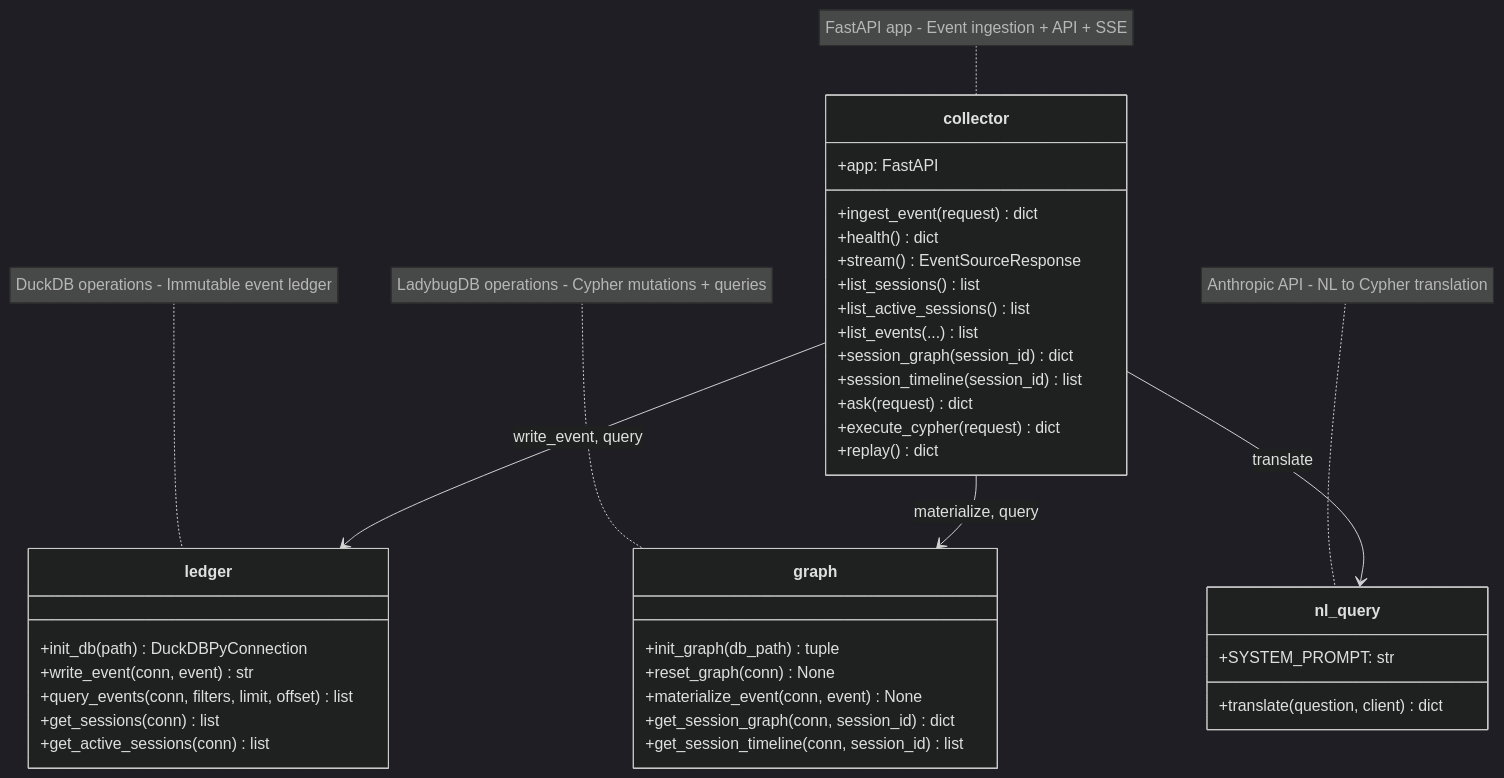
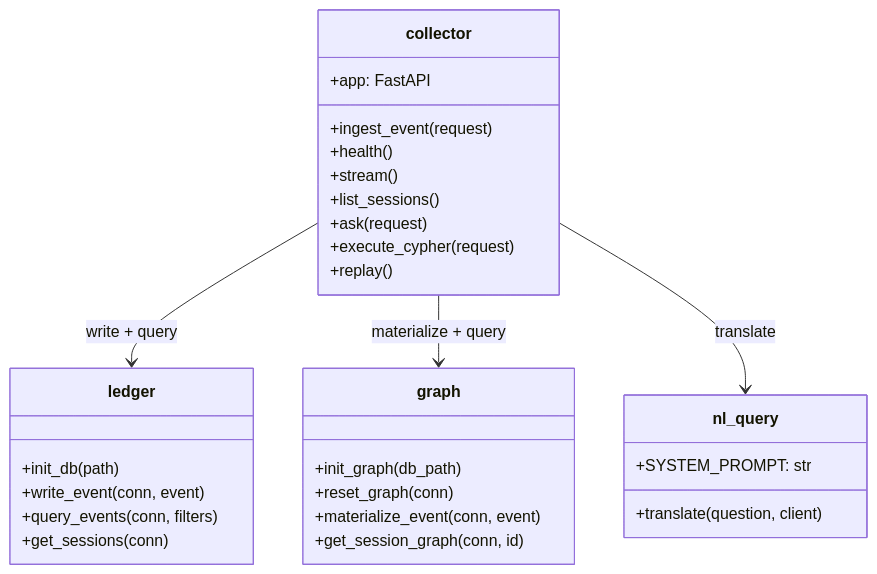
The third of 3 diagrams in docs/technical-spec.md (halcyondude/observable-claude), drawn with Mermaid before and after one commit. The commit also changed other lines of this file and 6 other files, not shown here.

First line of the commit message:
docs: rewrite with matt-voice, fix mermaid for github rendering

````diff
--- a/docs/technical-spec.md
+++ b/docs/technical-spec.md
@@ -430,48 +419,36 @@
 ```mermaid
-%%{init: {'theme': 'dark'}}%%
 classDiagram
     class collector {
         +app: FastAPI
-        +ingest_event(request) dict
-        +health() dict
-        +stream() EventSourceResponse
-        +list_sessions() list
-        +list_active_sessions() list
-        +list_events(...) list
-        +session_graph(session_id) dict
-        +session_timeline(session_id) list
-        +ask(request) dict
-        +execute_cypher(request) dict
-        +replay() dict
+        +ingest_event(request)
+        +health()
+        +stream()
+        +list_sessions()
+        +ask(request)
+        +execute_cypher(request)
+        +replay()
     }
 
     class ledger {
-        +init_db(path) DuckDBPyConnection
-        +write_event(conn, event) str
-        +query_events(conn, filters, limit, offset) list
-        +get_sessions(conn) list
-        +get_active_sessions(conn) list
+        +init_db(path)
+        +write_event(conn, event)
+        +query_events(conn, filters)
+        +get_sessions(conn)
     }
 
     class graph {
-        +init_graph(db_path) tuple
-        +reset_graph(conn) None
-        +materialize_event(conn, event) None
-        +get_session_graph(conn, session_id) dict
-        +get_session_timeline(conn, session_id) list
+        +init_graph(db_path)
+        +reset_graph(conn)
+        +materialize_event(conn, event)
+        +get_session_graph(conn, id)
     }
 
     class nl_query {
         +SYSTEM_PROMPT: str
-        +translate(question, client) dict
+        +translate(question, client)
     }
 
-    collector --> ledger : write_event, query
-    collector --> graph : materialize, query
+    collector --> ledger : write + query
+    collector --> graph : materialize + query
     collector --> nl_query : translate
-
-    note for collector "FastAPI app - Event ingestion + API + SSE"
-    note for ledger "DuckDB operations - Immutable event ledger"
-    note for graph "LadybugDB operations - Cypher mutations + queries"
-    note for nl_query "Anthropic API - NL to Cypher translation"
 ```
````
